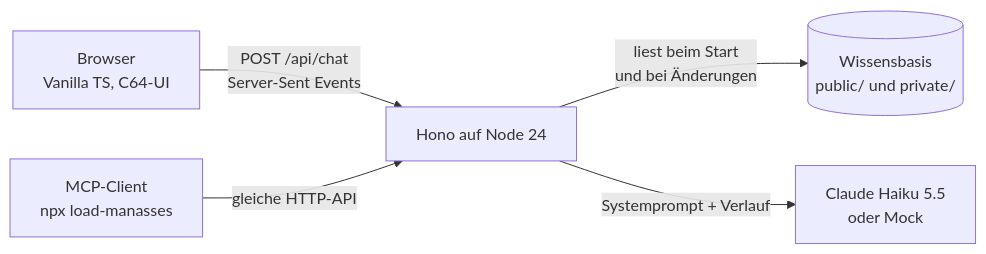
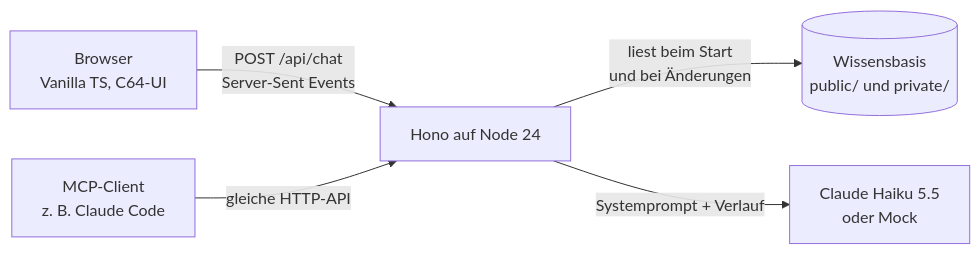
The diagram in README.md (Jiron/bewerbung-software-brauerei-ag), drawn with Mermaid before and after one commit. The commit also changed other lines of this file and 4 other files, not shown here.

````diff
--- a/README.md
+++ b/README.md
@@ -64,7 +69,7 @@
 ```mermaid
 flowchart LR
   B["Browser<br>Vanilla TS, C64-UI"] -- "POST /api/chat<br>Server-Sent Events" --> S["Hono auf Node 24"]
-  M["MCP-Client<br>npx load-manasses"] -- "gleiche HTTP-API" --> S
+  M["MCP-Client<br>z. B. Claude Code"] -- "gleiche HTTP-API" --> S
   S -- "liest beim Start<br>und bei Änderungen" --> K[("Wissensbasis<br>public/ und private/")]
   S -- "Systemprompt + Verlauf" --> A["Claude Haiku 5.5<br>oder Mock"]
 ```
````
